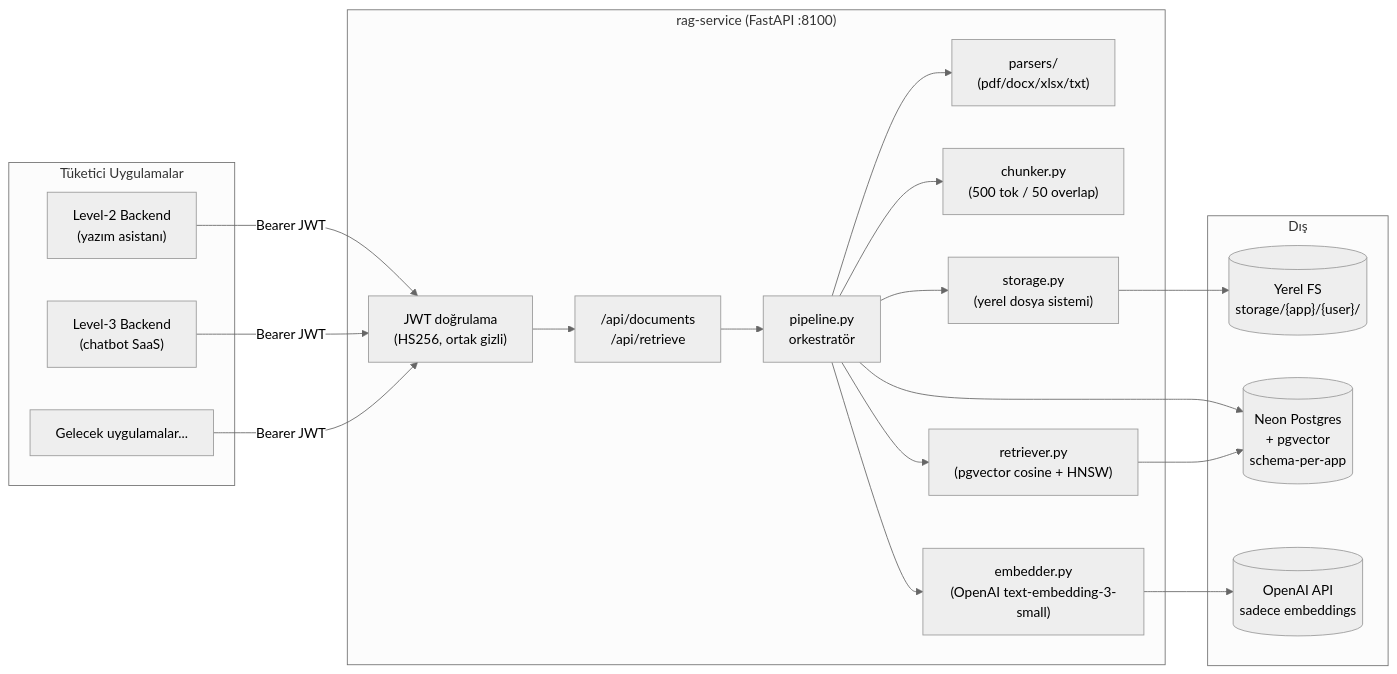
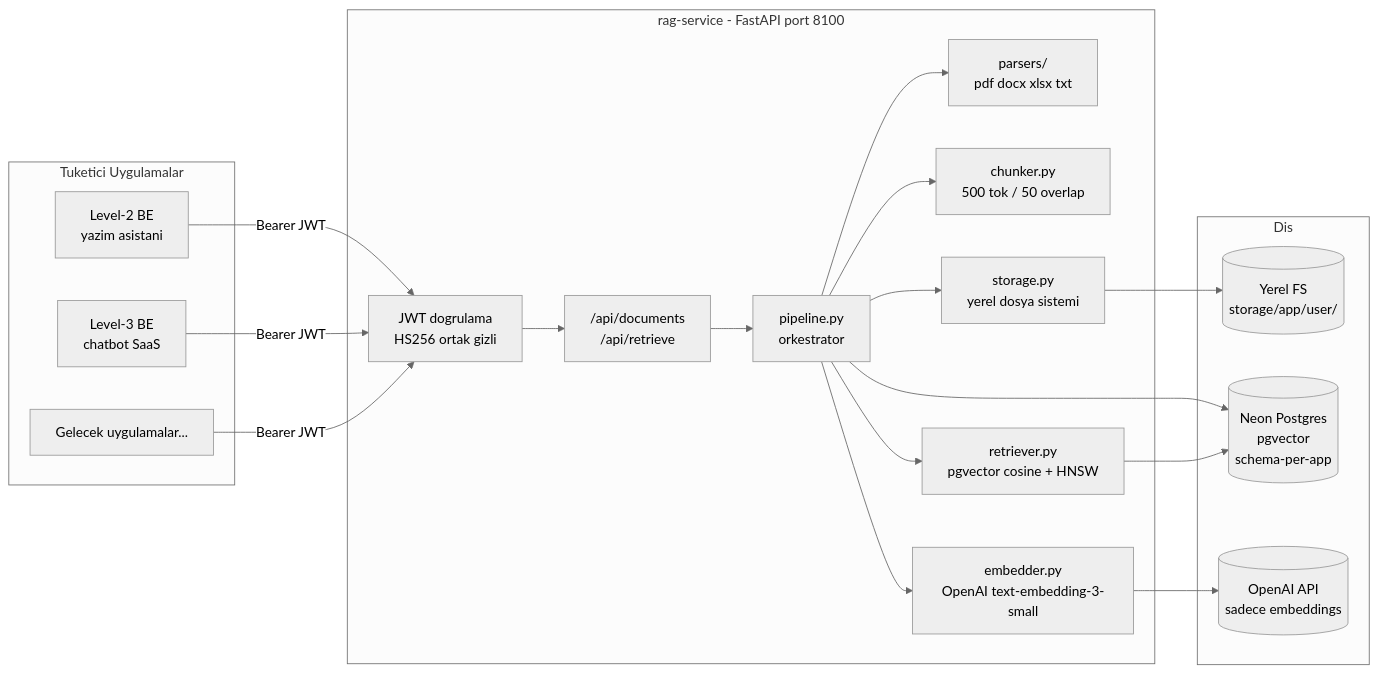
Before and after one commit to hiroimono/AI_Programming: the first of 4 diagrams in RAG-Service/MIMARI-VE-KARARLAR-TR.md, drawn with Mermaid (neutral theme). The commit also changed other lines of this file and 1 other file, not shown here.

Commit message:
docs(rag-service): fix Mermaid rendering (escape special chars, simplify subgraph titles)

````diff
--- a/RAG-Service/MIMARI-VE-KARARLAR-TR.md
+++ b/RAG-Service/MIMARI-VE-KARARLAR-TR.md
@@ -32,40 +32,40 @@
 ```mermaid
 flowchart LR
-    subgraph "Tüketici Uygulamalar"
-        L2BE["Level-2 Backend<br/>(yazım asistanı)"]
-        L3BE["Level-3 Backend<br/>(chatbot SaaS)"]
-        FUT["Gelecek uygulamalar..."]
+    subgraph Apps[Tuketici Uygulamalar]
+        L2BE[Level-2 BE<br/>yazim asistani]
+        L3BE[Level-3 BE<br/>chatbot SaaS]
+        FUT[Gelecek uygulamalar...]
     end
 
-    subgraph "rag-service (FastAPI :8100)"
-        AUTH["JWT doğrulama<br/>(HS256, ortak gizli)"]
+    subgraph RAG[rag-service - FastAPI port 8100]
+        AUTH[JWT dogrulama<br/>HS256 ortak gizli]
         API["/api/documents<br/>/api/retrieve"]
-        PIPE["pipeline.py<br/>orkestratör"]
-        PARSE["parsers/<br/>(pdf/docx/xlsx/txt)"]
-        CHUNK["chunker.py<br/>(500 tok / 50 overlap)"]
-        EMB["embedder.py<br/>(OpenAI text-embedding-3-small)"]
-        RET["retriever.py<br/>(pgvector cosine + HNSW)"]
-        STORE["storage.py<br/>(yerel dosya sistemi)"]
+        PIPE[pipeline.py<br/>orkestrator]
+        PARSE[parsers/<br/>pdf docx xlsx txt]
+        CHUNK[chunker.py<br/>500 tok / 50 overlap]
+        EMB[embedder.py<br/>OpenAI text-embedding-3-small]
+        RET[retriever.py<br/>pgvector cosine + HNSW]
+        STORE[storage.py<br/>yerel dosya sistemi]
     end
 
-    subgraph "Dış"
-        FS[("Yerel FS<br/>storage/{app}/{user}/")]
-        NEON[("Neon Postgres<br/>+ pgvector<br/>schema-per-app")]
-        OPENAI[("OpenAI API<br/>sadece embeddings")]
+    subgraph Ext[Dis]
+        FS[(Yerel FS<br/>storage/app/user/)]
+        NEON[(Neon Postgres<br/>pgvector<br/>schema-per-app)]
+        OPENAI[(OpenAI API<br/>sadece embeddings)]
     end
 
-    L2BE -- "Bearer JWT" --> AUTH
-    L3BE -- "Bearer JWT" --> AUTH
-    FUT  -- "Bearer JWT" --> AUTH
+    L2BE -- Bearer JWT --> AUTH
+    L3BE -- Bearer JWT --> AUTH
+    FUT  -- Bearer JWT --> AUTH
     AUTH --> API
     API --> PIPE
     PIPE --> PARSE
     PIPE --> CHUNK
     PIPE --> EMB
     PIPE --> RET
     PIPE --> STORE
     STORE --> FS
     PIPE --> NEON
     RET --> NEON
     EMB --> OPENAI
 ```
````
